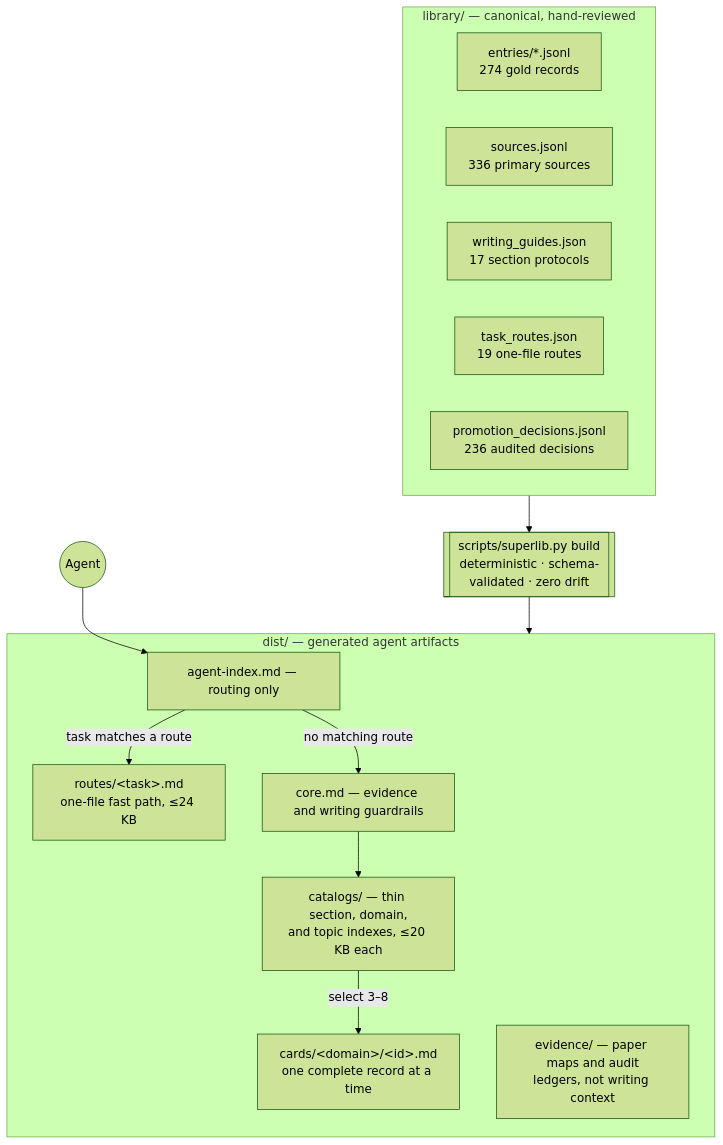
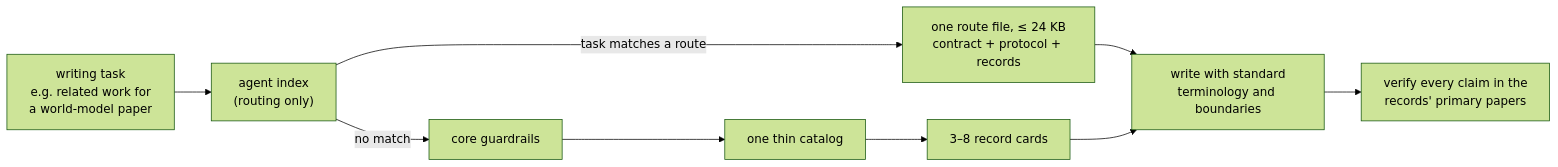
One commit to asimfish/super_library changed the first of 2 diagrams in README.md. Above: the diagram before and after it, drawn with Mermaid (forest theme). The commit also changed other lines of this file, not shown here.

Commit message:
Rewrite README as a design story with an annotated real record

````diff
--- a/README.md
+++ b/README.md
@@ -62,30 +47,11 @@
 ```mermaid
-flowchart TB
-    subgraph LIB["library/ — canonical, hand-reviewed"]
-        E["entries/*.jsonl<br/>274 gold records"]
-        S["sources.jsonl<br/>336 primary sources"]
-        G["writing_guides.json<br/>17 section protocols"]
-        T["task_routes.json<br/>19 one-file routes"]
-        D["promotion_decisions.jsonl<br/>236 audited decisions"]
-    end
-
-    BUILD[["scripts/superlib.py build<br/>deterministic · schema-validated · zero drift"]]
-
-    subgraph DIST["dist/ — generated agent artifacts"]
-        IDX["agent-index.md — routing only"]
-        RT["routes/&lt;task&gt;.md<br/>one-file fast path, ≤24 KB"]
-        CORE["core.md — evidence and writing guardrails"]
-        CAT["catalogs/ — thin section, domain,<br/>and topic indexes, ≤20 KB each"]
-        CARD["cards/&lt;domain&gt;/&lt;id&gt;.md<br/>one complete record at a time"]
-        EVID["evidence/ — paper maps and audit<br/>ledgers, not writing context"]
-    end
-
-    AGENT(("Agent"))
-
-    LIB --> BUILD --> DIST
-    AGENT --> IDX
-    IDX -->|"task matches a route"| RT
-    IDX -->|"no matching route"| CORE
-    CORE --> CAT
-    CAT -->|"select 3–8"| CARD
+flowchart LR
+    T["writing task<br/>e.g. related work for<br/>a world-model paper"] --> IDX["agent index<br/>(routing only)"]
+    IDX -->|"task matches a route"| RT["one route file, ≤ 24 KB<br/>contract + protocol + records"]
+    IDX -->|"no match"| CORE["core guardrails"]
+    CORE --> CAT["one thin catalog"]
+    CAT --> CARDS["3–8 record cards"]
+    RT --> W["write with standard<br/>terminology and boundaries"]
+    CARDS --> W
+    W --> V["verify every claim in the<br/>records' primary papers"]
 ```
````
